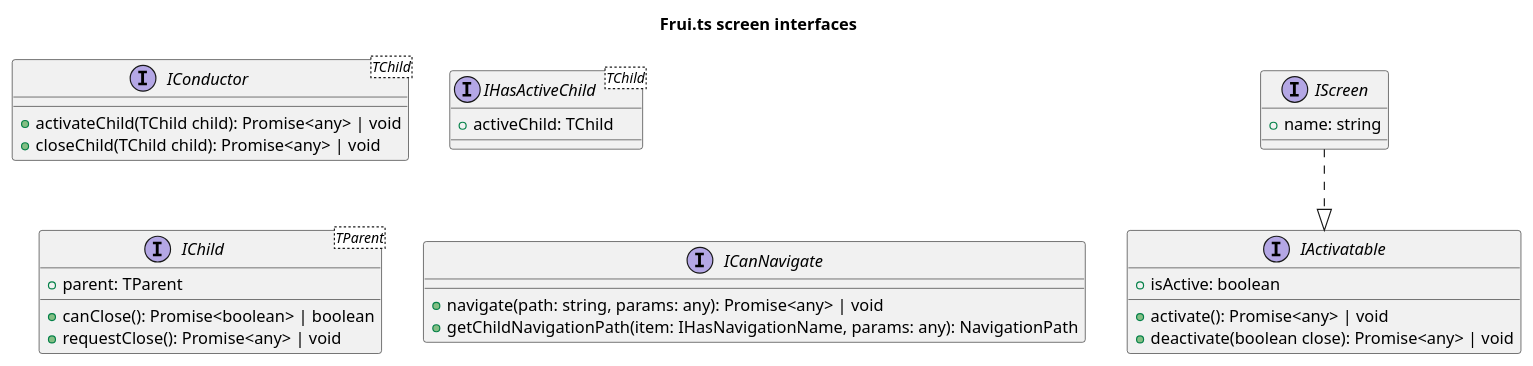
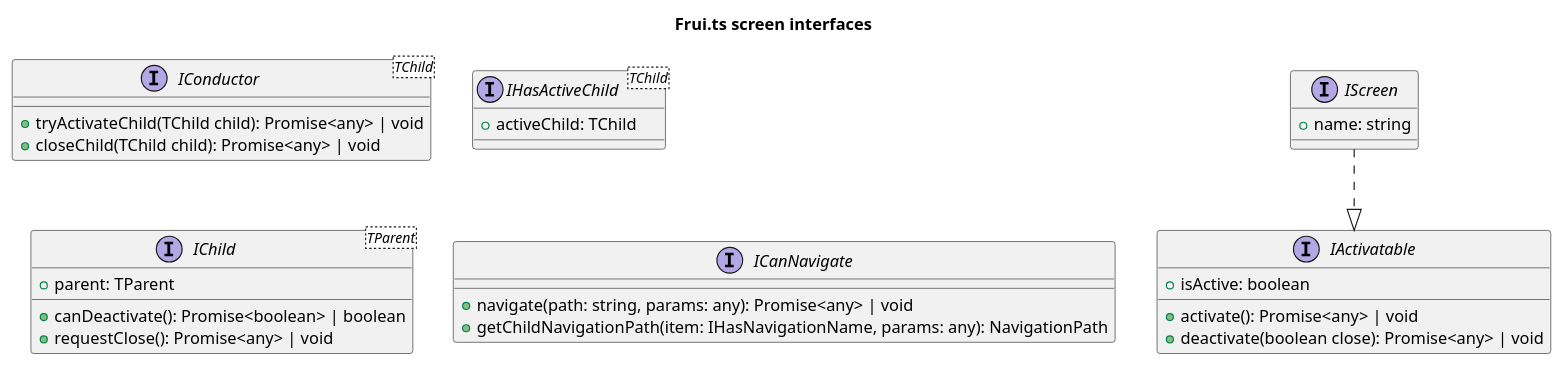
Before and after one commit to eManPrague/frui.ts: the diagram in packages/screens/interfaces.puml, drawn with PlantUML. The commit also changed 36 other files, not shown here.

```diff
--- a/packages/screens/interfaces.puml
+++ b/packages/screens/interfaces.puml
@@ -1,38 +1,38 @@
 @startuml
 
 title Frui.ts screen interfaces
 
 interface IActivatable {
   +isActive: boolean
 
   +activate(): Promise<any> | void
   +deactivate(boolean close): Promise<any> | void
 }
 
 interface IScreen {
   +name: string
 }
 
 IScreen ..|> IActivatable
 
 interface IConductor<TChild> {
-  +activateChild(TChild child): Promise<any> | void
+  +tryActivateChild(TChild child): Promise<any> | void
   +closeChild(TChild child): Promise<any> | void
 }
 
 interface IHasActiveChild<TChild> {
   +activeChild: TChild
 }
 
 interface IChild<TParent> {
   +parent: TParent
-  +canClose(): Promise<boolean> | boolean
+  +canDeactivate(): Promise<boolean> | boolean
   +requestClose(): Promise<any> | void
 }
 
 interface ICanNavigate {
   +navigate(path: string, params: any): Promise<any> | void
   +getChildNavigationPath(item: IHasNavigationName, params: any): NavigationPath
 }
 
 @enduml
```
